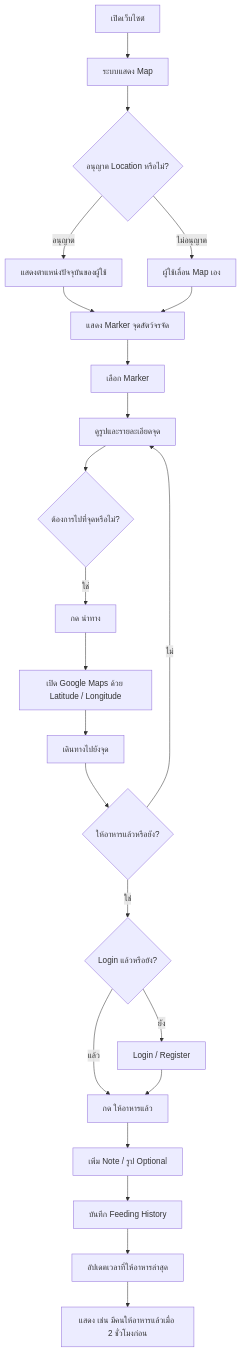
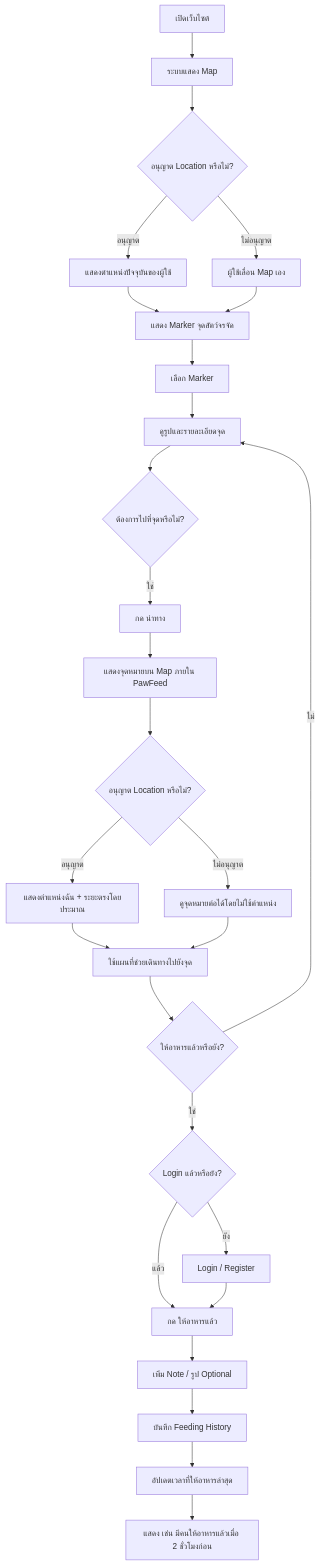
One commit to 67070119/PawFeed changed the second of 9 diagrams in docs/user_flow.md. Above: the diagram before and after it, drawn with Mermaid. The commit also changed other lines of this file and 20 other files, not shown here.

````diff
--- a/docs/user_flow.md
+++ b/docs/user_flow.md
@@ -46,32 +46,36 @@
 ```mermaid
 flowchart TD
     A[เปิดเว็บไซต์] --> B[ระบบแสดง Map]
     B --> C{อนุญาต Location หรือไม่?}
 
     C -->|อนุญาต| D[แสดงตำแหน่งปัจจุบันของผู้ใช้]
     C -->|ไม่อนุญาต| E[ผู้ใช้เลื่อน Map เอง]
 
     D --> F[แสดง Marker จุดสัตว์จรจัด]
     E --> F
 
     F --> G[เลือก Marker]
     G --> H[ดูรูปและรายละเอียดจุด]
 
     H --> I{ต้องการไปที่จุดหรือไม่?}
     I -->|ใช่| J[กด นำทาง]
-    J --> K[เปิด Google Maps ด้วย Latitude / Longitude]
-    K --> L[เดินทางไปยังจุด]
+    J --> K[แสดงจุดหมายบน Map ภายใน PawFeed]
+    K --> K2{อนุญาต Location หรือไม่?}
+    K2 -->|อนุญาต| K3[แสดงตำแหน่งฉัน + ระยะตรงโดยประมาณ]
+    K2 -->|ไม่อนุญาต| K4[ดูจุดหมายต่อได้โดยไม่ใช้ตำแหน่ง]
+    K3 --> L[ใช้แผนที่ช่วยเดินทางไปยังจุด]
+    K4 --> L
 
     L --> M{ให้อาหารแล้วหรือยัง?}
     M -->|ใช่| N{Login แล้วหรือยัง?}
     M -->|ไม่| H
 
     N -->|ยัง| O[Login / Register]
     N -->|แล้ว| P[กด ให้อาหารแล้ว]
     O --> P
 
     P --> Q[เพิ่ม Note / รูป Optional]
     Q --> R[บันทึก Feeding History]
     R --> S[อัปเดตเวลาที่ให้อาหารล่าสุด]
     S --> T[แสดง เช่น มีคนให้อาหารแล้วเมื่อ 2 ชั่วโมงก่อน]
 ```
````
